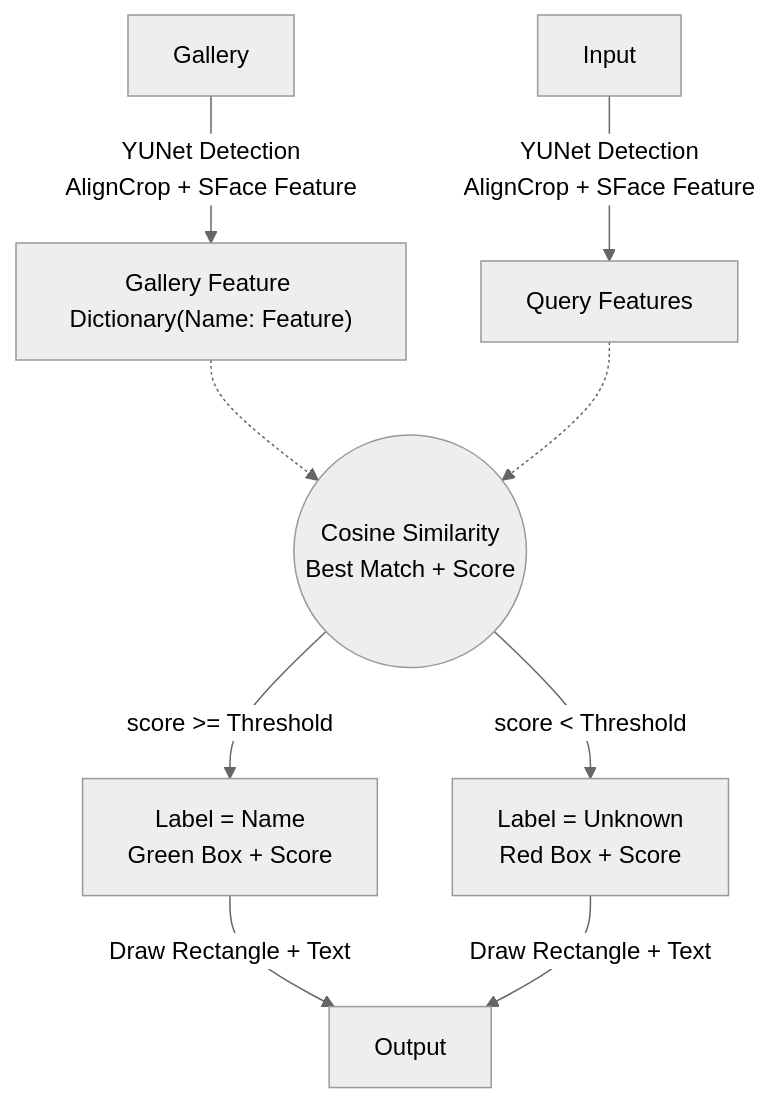
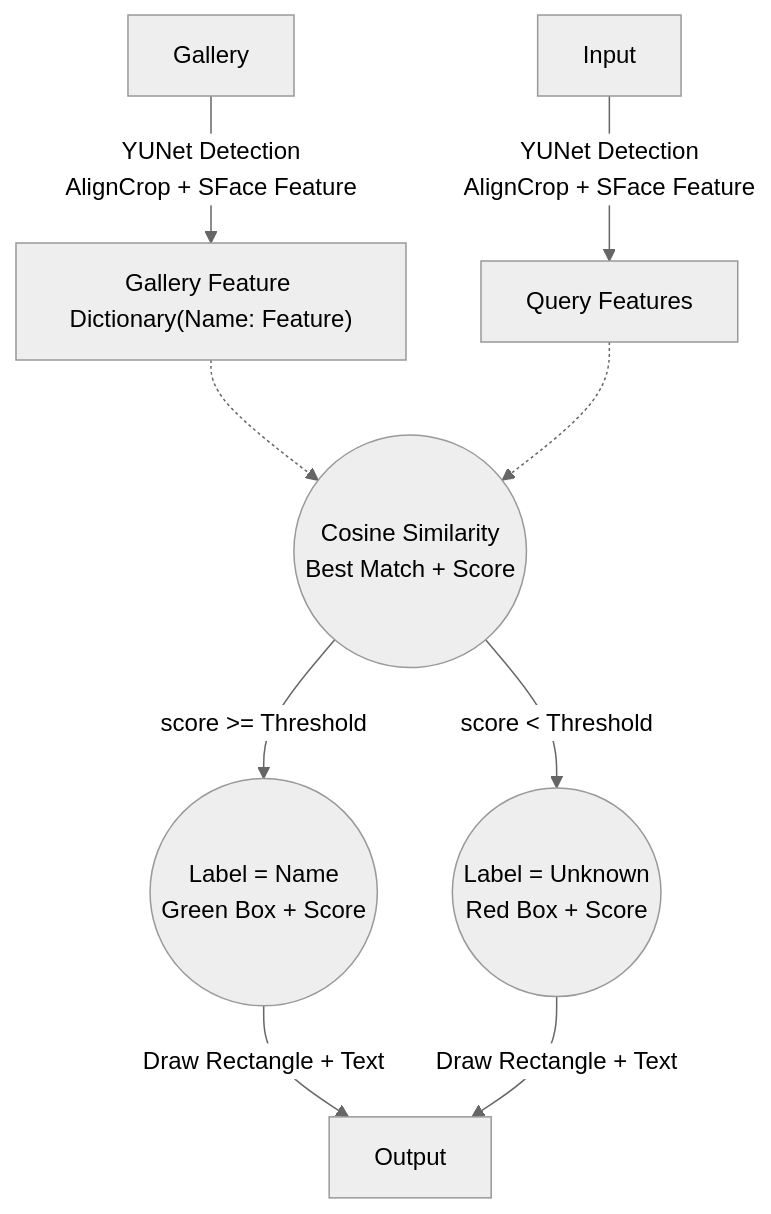
One commit to Adrn1n/XMU-learning_CV changed the diagram in HW/0413/Report.md. Above: the diagram before and after it, drawn with Mermaid (neutral theme).

Commit message:
20260416: Fix: HW/0413: Report

````diff
--- a/HW/0413/Report.md
+++ b/HW/0413/Report.md
@@ -19,9 +19,10 @@
 ```mermaid
 graph TD
     Ga["Gallery"] --> |"YUNet Detection <br> AlignCrop + SFace Feature"| Dict["Gallery Feature Dictionary(Name: Feature)"]
     In["Input"] --> |"YUNet Detection <br> AlignCrop + SFace Feature"| QF["Query Features"]
     Dict & QF -.-> M(("Cosine Similarity <br> Best Match + Score"))
-    M --> |"score >= Threshold"| K["Label = Name <br> Green Box + Score"]
-    M --> |"score < Threshold"| U["Label = Unknown <br> Red Box + Score"]
+    M --> |"score >= Threshold"| K(("Label = Name <br> Green Box + Score"))
+    M --> |"score < Threshold"| U(("Label = Unknown <br> Red Box + Score"))
     K & U --> |"Draw Rectangle + Text"| Out["Output"]
+
 ```
````
